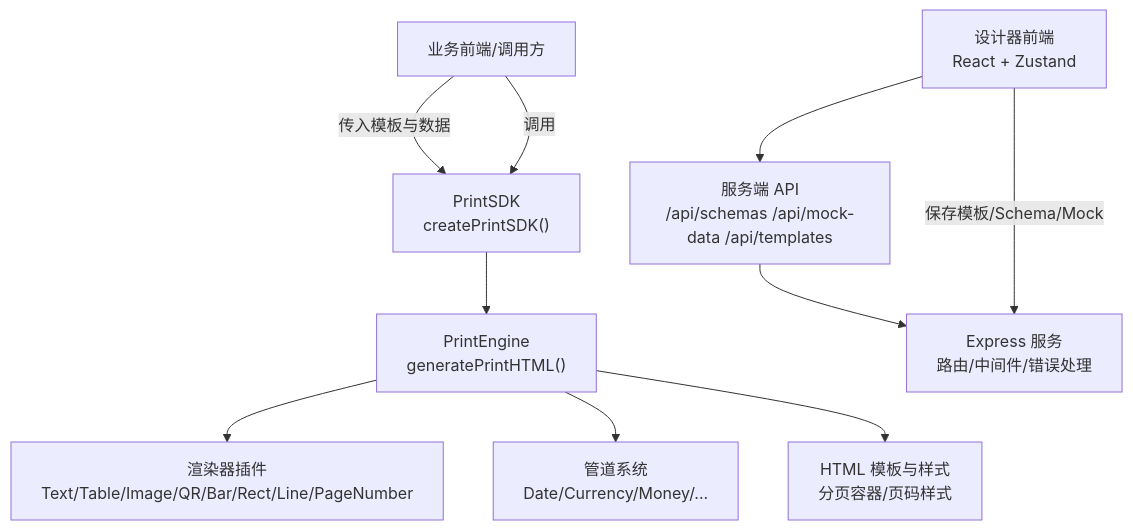
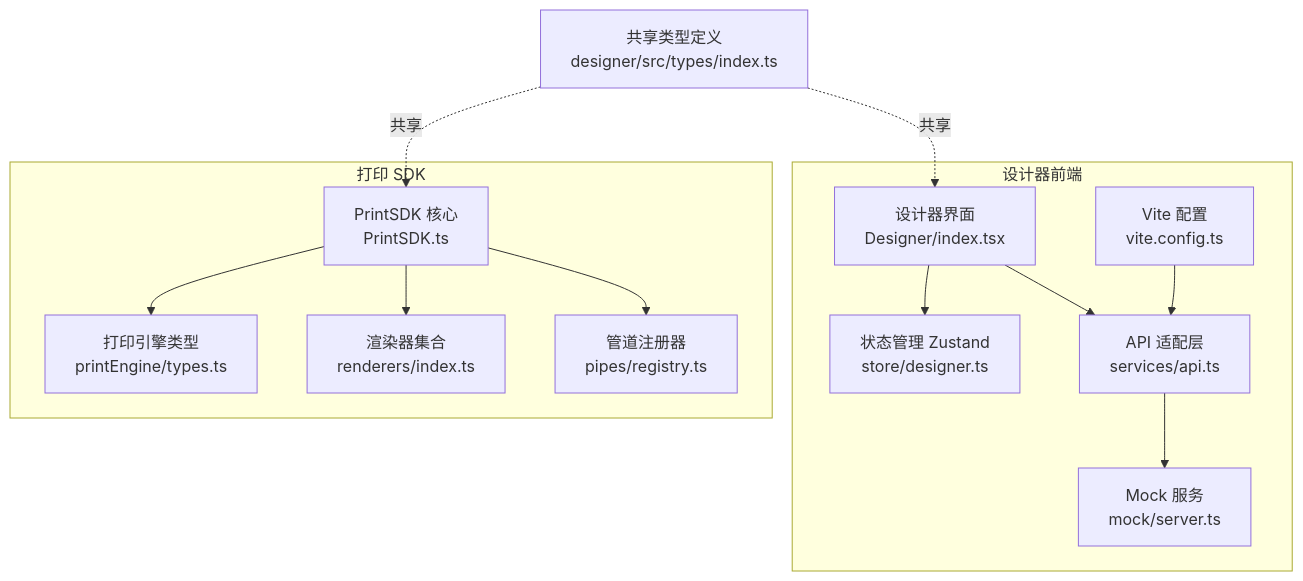
One commit to joker-yjc/printer changed the second of 6 diagrams in .qoder/repowiki/zh/content/项目概述/项目概述.md. Above: the diagram before and after it, drawn with Mermaid. The commit also changed other lines of this file and 274 other files, not shown here.

````diff
--- a/.qoder/repowiki/zh/content/项目概述/项目概述.md
+++ b/.qoder/repowiki/zh/content/项目概述/项目概述.md
@@ -149,12 +121,26 @@
 ```mermaid
 graph TB
-U["业务前端/调用方"] --> |传入模板与数据| SDK["PrintSDK<br/>createPrintSDK()"]
-SDK --> PE["PrintEngine<br/>generatePrintHTML()"]
-PE --> R["渲染器插件<br/>Text/Table/Image/QR/Bar/Rect/Line/PageNumber"]
-PE --> P["管道系统<br/>Date/Currency/Money/..."]
-PE --> H["HTML 模板与样式<br/>分页容器/页码样式"]
-D["设计器前端<br/>React + Zustand"] --> API["服务端 API<br/>/api/schemas /api/mock-data /api/templates"]
-API --> SV["Express 服务<br/>路由/中间件/错误处理"]
-D --> |保存模板/Schema/Mock| SV
-U --> |调用| SDK
+subgraph "设计器前端"
+UI["设计器界面<br/>Designer/index.tsx"]
+Store["状态管理 Zustand<br/>store/designer.ts"]
+API["API 适配层<br/>services/api.ts"]
+Mock["Mock 服务<br/>mock/server.ts"]
+ViteCfg["Vite 配置<br/>vite.config.ts"]
+end
+subgraph "打印 SDK"
+SDK["PrintSDK 核心<br/>PrintSDK.ts"]
+EngineTypes["打印引擎类型<br/>printEngine/types.ts"]
+Renderers["渲染器集合<br/>renderers/index.ts"]
+Pipes["管道注册器<br/>pipes/registry.ts"]
+end
+Types["共享类型定义<br/>designer/src/types/index.ts"]
+UI --> Store
+UI --> API
+API --> Mock
+ViteCfg --> API
+SDK --> EngineTypes
+SDK --> Renderers
+SDK --> Pipes
+Types -.共享.-> UI
+Types -.共享.-> SDK
 ```
````
